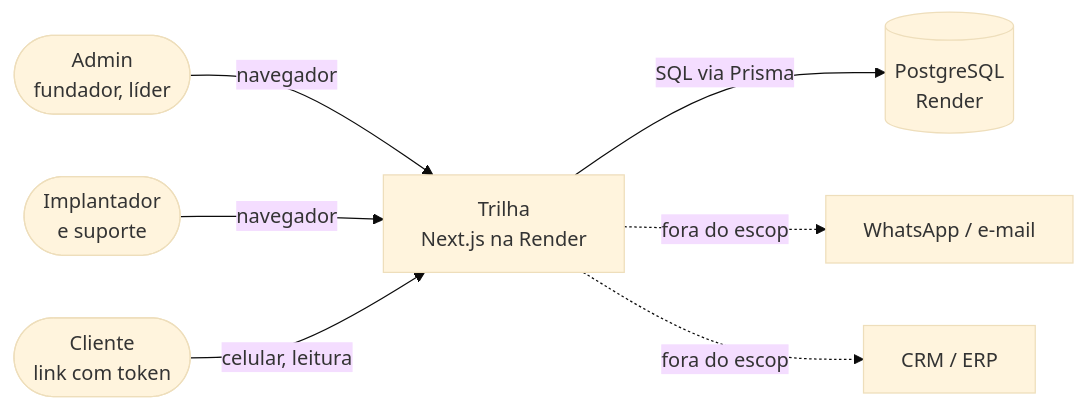
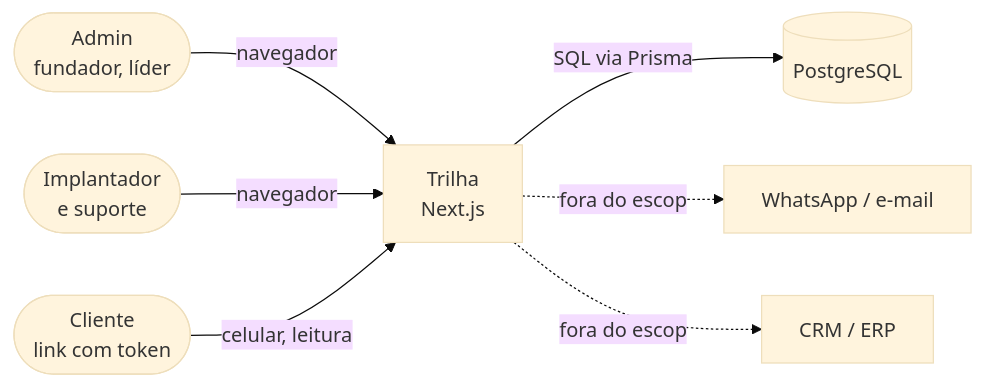
Before and after one commit to Joaogabrielmaia/Customer-onboarding-platform: the first of 3 diagrams in docs/03-arquitetura/contexto-e-componentes.md, drawn with Mermaid (base theme). The commit also changed other lines of this file and 29 other files, not shown here.

````diff
--- a/docs/03-arquitetura/contexto-e-componentes.md
+++ b/docs/03-arquitetura/contexto-e-componentes.md
@@ -9,9 +9,9 @@
 ```mermaid
 flowchart LR
-    Admin([Admin<br/>fundador, líder]) -->|navegador| T[Trilha<br/>Next.js na Render]
+    Admin([Admin<br/>fundador, líder]) -->|navegador| T[Trilha<br/>Next.js]
     Impl([Implantador<br/>e suporte]) -->|navegador| T
     Cli([Cliente<br/>link com token]) -->|celular, leitura| T
-    T -->|SQL via Prisma| DB[(PostgreSQL<br/>Render)]
+    T -->|SQL via Prisma| DB[(PostgreSQL)]
     T -.fora do escopo.-> W[WhatsApp / e-mail]
     T -.fora do escopo.-> E[CRM / ERP]
 ```
````
